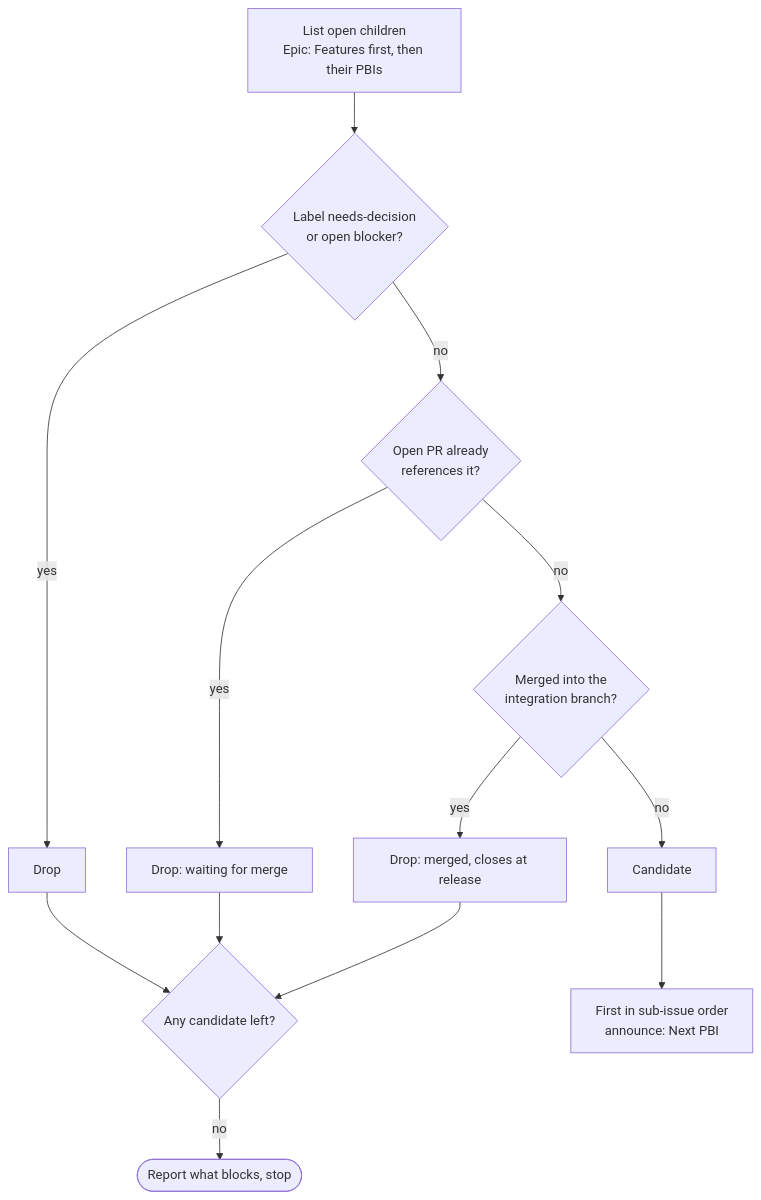
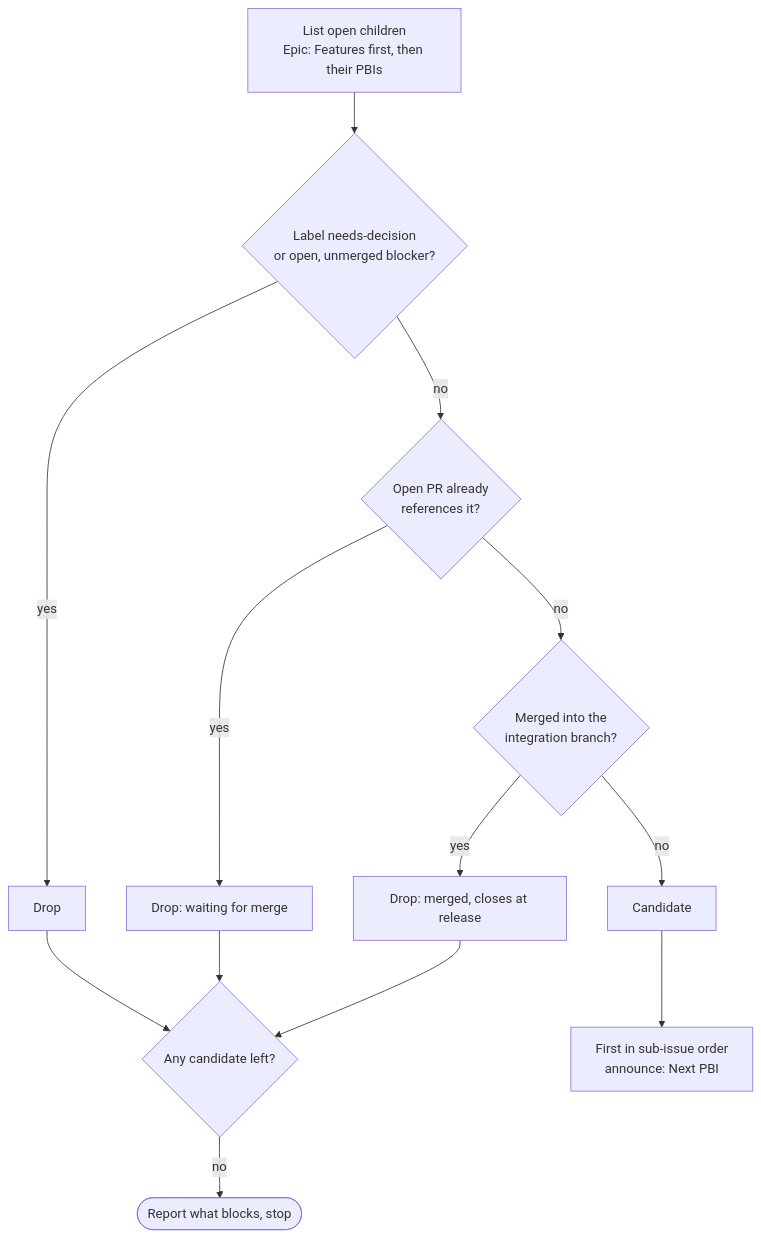
Before and after one commit to GravionLabs/apm-hub: the ninth of 11 diagrams in docs/orchestrator.md, drawn with Mermaid. The commit also changed other lines of this file and 15 other files, not shown here.

````diff
--- a/docs/orchestrator.md
+++ b/docs/orchestrator.md
@@ -339,15 +339,15 @@
 ```mermaid
 flowchart TD
-    A["List open children<br/>Epic: Features first, then their PBIs"] --> B{"Label needs-decision<br/>or open blocker?"}
+    A["List open children<br/>Epic: Features first, then their PBIs"] --> B{"Label needs-decision<br/>or open, unmerged blocker?"}
     B -->|"yes"| X["Drop"]
     B -->|"no"| C{"Open PR already<br/>references it?"}
     C -->|"yes"| Y["Drop: waiting for merge"]
     C -->|"no"| M{"Merged into the<br/>integration branch?"}
     M -->|"yes"| V["Drop: merged, closes at release"]
     M -->|"no"| D["Candidate"]
     D --> E["First in sub-issue order<br/>announce: Next PBI"]
     X --> Z{"Any candidate left?"}
     Y --> Z
     V --> Z
     Z -->|"no"| W(["Report what blocks, stop"])
 ```
````
